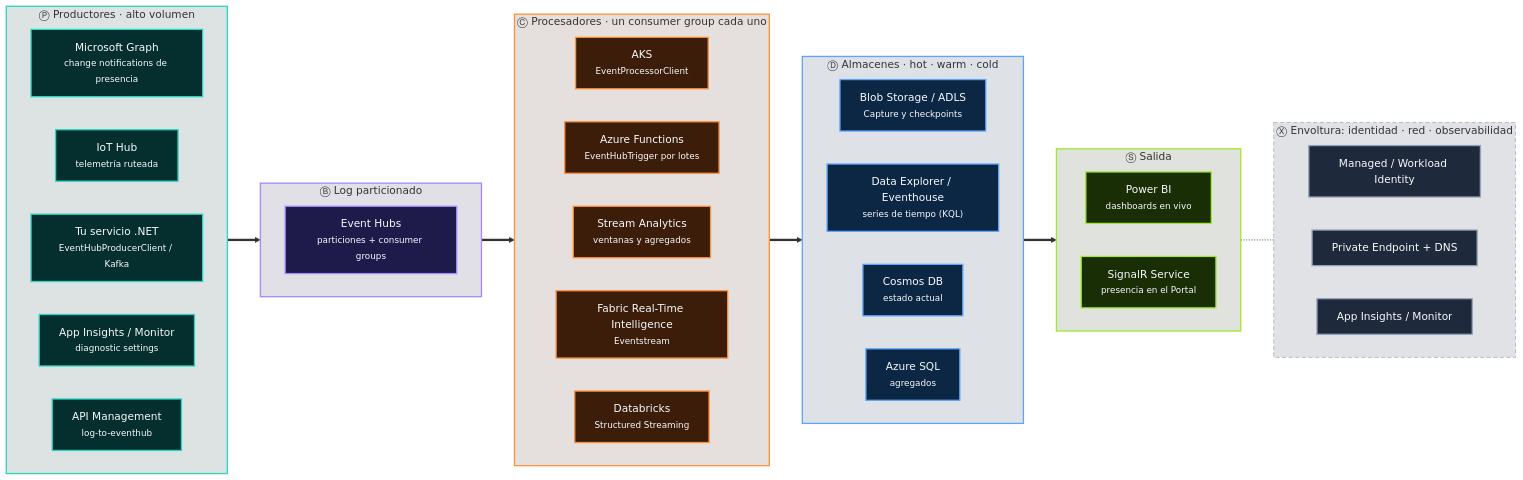
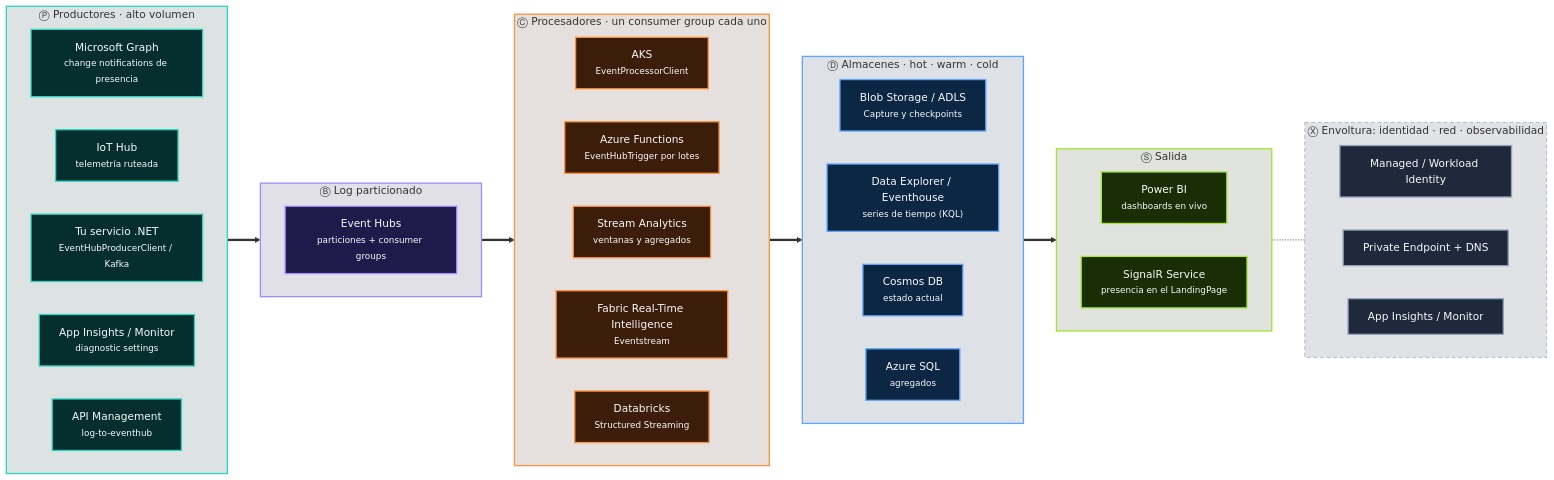
One commit to CristianSifuentes/QuickTheoryNET changed the third of 13 diagrams in docs/11-trece-arquitecturas-como-frases.md. Above: the diagram before and after it, drawn with Mermaid. The commit also changed other lines of this file and 23 other files, not shown here.

First line of the commit message:
Rename the Portal project to LandingPage

````diff
--- a/docs/11-trece-arquitecturas-como-frases.md
+++ b/docs/11-trece-arquitecturas-como-frases.md
@@ -222,58 +222,58 @@
 ```mermaid
 flowchart LR
     subgraph L0["Ⓟ Productores · alto volumen"]
         direction LR
         L0_0["Microsoft Graph<br/><small>change notifications de presencia</small>"]:::P
         L0_1["IoT Hub<br/><small>telemetría ruteada</small>"]:::P
         L0_2["Tu servicio .NET<br/><small>EventHubProducerClient / Kafka</small>"]:::P
         L0_3["App Insights / Monitor<br/><small>diagnostic settings</small>"]:::P
         L0_4["API Management<br/><small>log-to-eventhub</small>"]:::P
     end
     style L0 fill:#042F2E22,stroke:#2DD4BF,stroke-width:2px
     subgraph L1["Ⓑ Log particionado"]
         direction LR
         L1_0["Event Hubs<br/><small>particiones + consumer groups</small>"]:::B
     end
     style L1 fill:#1E1B4B22,stroke:#A78BFA,stroke-width:2px
     subgraph L2["Ⓒ Procesadores · un consumer group cada uno"]
         direction LR
         L2_0["AKS<br/><small>EventProcessorClient</small>"]:::C
         L2_1["Azure Functions<br/><small>EventHubTrigger por lotes</small>"]:::C
         L2_2["Stream Analytics<br/><small>ventanas y agregados</small>"]:::C
         L2_3["Fabric Real-Time Intelligence<br/><small>Eventstream</small>"]:::C
         L2_4["Databricks<br/><small>Structured Streaming</small>"]:::C
     end
     style L2 fill:#3B1D0A22,stroke:#FB923C,stroke-width:2px
     subgraph L3["Ⓓ Almacenes · hot · warm · cold"]
         direction LR
         L3_0["Blob Storage / ADLS<br/><small>Capture y checkpoints</small>"]:::D
         L3_1["Data Explorer / Eventhouse<br/><small>series de tiempo (KQL)</small>"]:::D
         L3_2["Cosmos DB<br/><small>estado actual</small>"]:::D
         L3_3["Azure SQL<br/><small>agregados</small>"]:::D
     end
     style L3 fill:#0C274422,stroke:#60A5FA,stroke-width:2px
     subgraph L4["Ⓢ Salida"]
         direction LR
         L4_0["Power BI<br/><small>dashboards en vivo</small>"]:::S
-        L4_1["SignalR Service<br/><small>presencia en el Portal</small>"]:::S
+        L4_1["SignalR Service<br/><small>presencia en el LandingPage</small>"]:::S
     end
     style L4 fill:#1A2E0522,stroke:#A3E635,stroke-width:2px
     L0 ==> L1
     L1 ==> L2
     L2 ==> L3
     L3 ==> L4
     subgraph XX["Ⓧ Envoltura: identidad · red · observabilidad"]
         direction LR
         X0["Managed / Workload Identity"]:::X
         X1["Private Endpoint + DNS"]:::X
         X2["App Insights / Monitor"]:::X
     end
     style XX fill:#1E293B22,stroke:#94A3B8,stroke-dasharray:6 4
     L4 -.- XX
     classDef P fill:#042F2E,stroke:#2DD4BF,color:#F8FAFC,stroke-width:2px
     classDef B fill:#1E1B4B,stroke:#A78BFA,color:#F8FAFC,stroke-width:2px
     classDef C fill:#3B1D0A,stroke:#FB923C,color:#F8FAFC,stroke-width:2px
     classDef D fill:#0C2744,stroke:#60A5FA,color:#F8FAFC,stroke-width:2px
     classDef S fill:#1A2E05,stroke:#A3E635,color:#F8FAFC,stroke-width:2px
     classDef X fill:#1E293B,stroke:#94A3B8,color:#F8FAFC,stroke-width:2px
 ```
````
